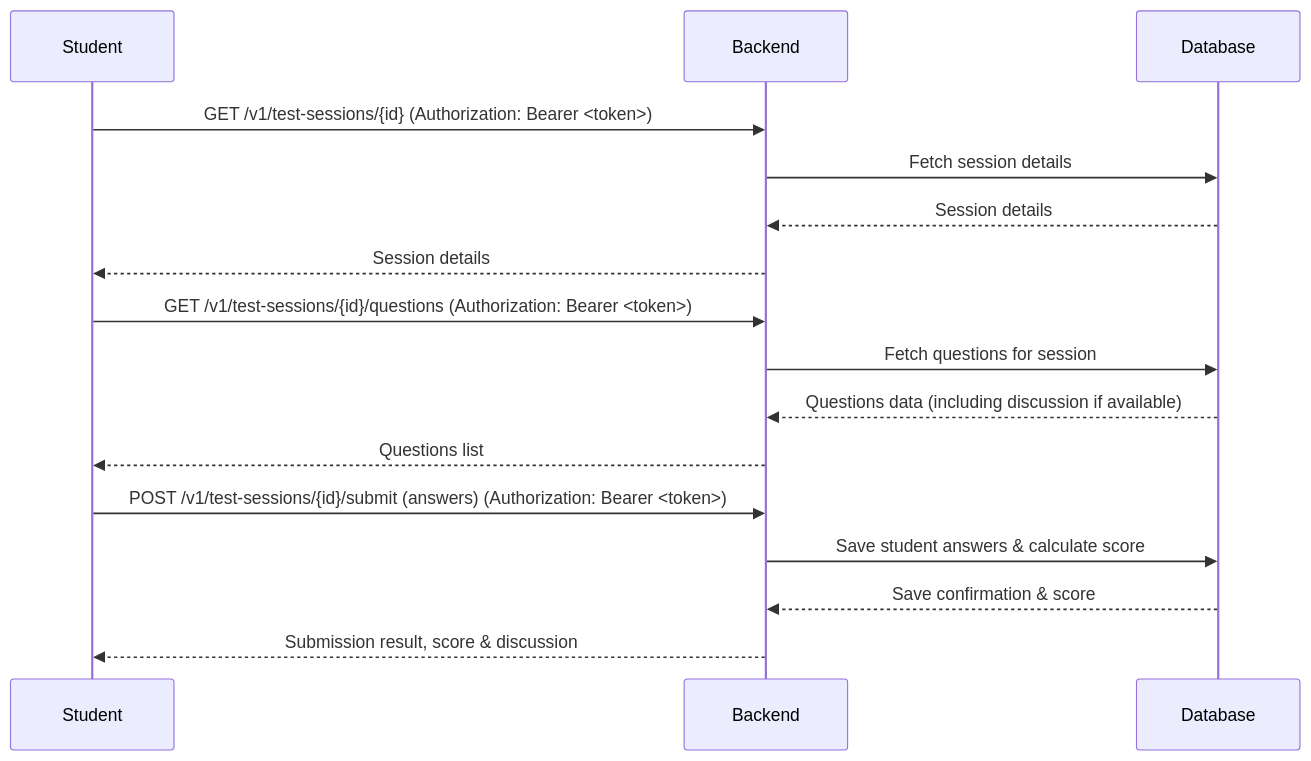
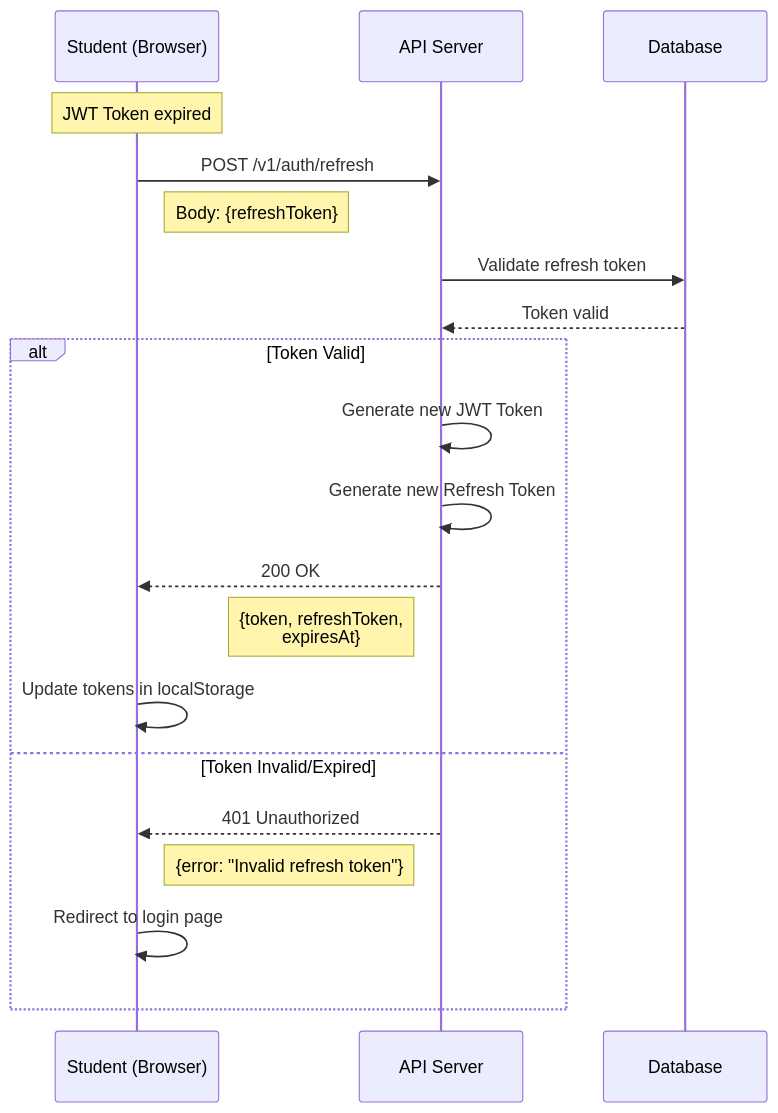
The second of 16 diagrams in README.md (SangBejoo/cbt-mini-project), drawn with Mermaid before and after one commit. The commit also changed other lines of this file, not shown here.

````diff
--- a/README.md
+++ b/README.md
@@ -422,24 +434,27 @@
 ```mermaid
 sequenceDiagram
-    participant Student
-    participant Backend
-    participant Database
+    participant Student as Student (Browser)
+    participant API as API Server
+    participant DB as Database
+    
+    Note over Student: JWT Token expired
+    
+    Student->>API: POST /v1/auth/refresh
+    Note right of Student: Body: {refreshToken}
+    
+    API->>DB: Validate refresh token
+    DB-->>API: Token valid
+    
+    alt Token Valid
+        API->>API: Generate new JWT Token
+        API->>API: Generate new Refresh Token
+        API-->>Student: 200 OK
+        Note left of API: {token, refreshToken,<br/>expiresAt}
+        Student->>Student: Update tokens in localStorage
+    else Token Invalid/Expired
+        API-->>Student: 401 Unauthorized
+        Note left of API: {error: "Invalid refresh token"}
+        Student->>Student: Redirect to login page
+    end
 
-    %% Get Session Details
-    Student->>Backend: GET /v1/test-sessions/{id} (Authorization: Bearer <token>)
-    Backend->>Database: Fetch session details
-    Database-->>Backend: Session details
-    Backend-->>Student: Session details
-
-    %% Get Questions for Session
-    Student->>Backend: GET /v1/test-sessions/{id}/questions (Authorization: Bearer <token>)
-    Backend->>Database: Fetch questions for session
-    Database-->>Backend: Questions data (including discussion if available)
-    Backend-->>Student: Questions list
-
-    %% Submit Answers
-    Student->>Backend: POST /v1/test-sessions/{id}/submit (answers) (Authorization: Bearer <token>)
-    Backend->>Database: Save student answers & calculate score
-    Database-->>Backend: Save confirmation & score
-    Backend-->>Student: Submission result, score & discussion
 ```
````
